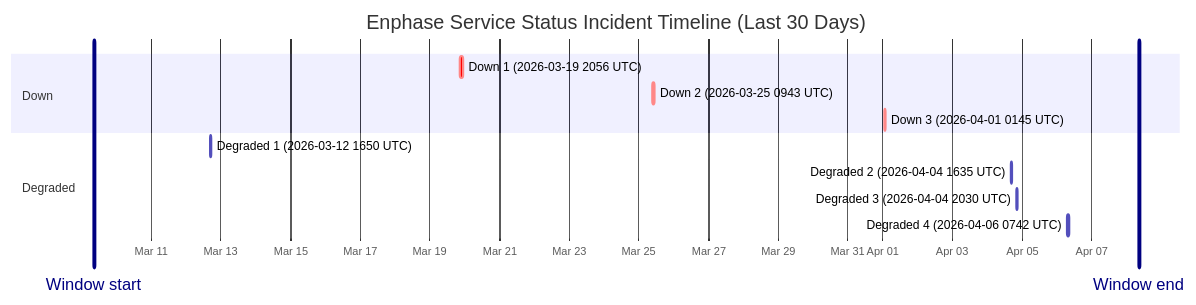
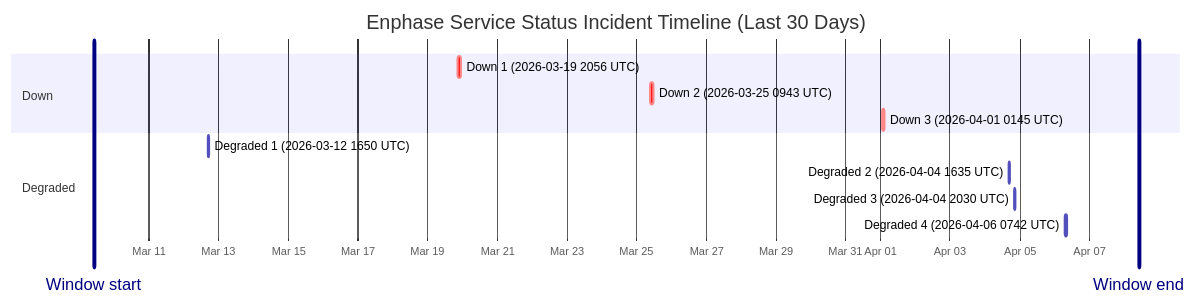
Before and after one commit to barneyonline/ha-enphase-ev-charger: the diagram in wiki/Service-Status-History.md, drawn with Mermaid. The commit also changed other lines of this file and 3 other files, not shown here.

````diff
--- a/wiki/Service-Status-History.md
+++ b/wiki/Service-Status-History.md
@@ -14,17 +14,17 @@
 ```mermaid
 gantt
     title Enphase Service Status Incident Timeline (Last 30 Days)
     dateFormat  YYYY-MM-DDTHH:mm:ss
     axisFormat  %b %d
-    Window start :vert, window-start, 2026-03-09T08:41:36, 0ms
-    Window end :vert, window-end, 2026-04-08T08:41:36, 0ms
+    Window start :vert, window-start, 2026-03-09T10:06:55, 0ms
+    Window end :vert, window-end, 2026-04-08T10:06:55, 0ms
     section Down
     Down 1 (2026-03-19 2056 UTC) :crit, down-1, 2026-03-19T20:56:20, 145m
     Down 2 (2026-03-25 0943 UTC) :crit, down-2, 2026-03-25T09:43:28, 111m
     Down 3 (2026-04-01 0145 UTC) :crit, down-3, 2026-04-01T01:45:09, 60m
     section Degraded
     Degraded 1 (2026-03-12 1650 UTC) :active, degraded-1, 2026-03-12T16:50:43, 60m
     Degraded 2 (2026-04-04 1635 UTC) :active, degraded-2, 2026-04-04T16:35:17, 60m
     Degraded 3 (2026-04-04 2030 UTC) :active, degraded-3, 2026-04-04T20:30:40, 60m
     Degraded 4 (2026-04-06 0742 UTC) :active, degraded-4, 2026-04-06T07:42:09, 85m
 ```
````
